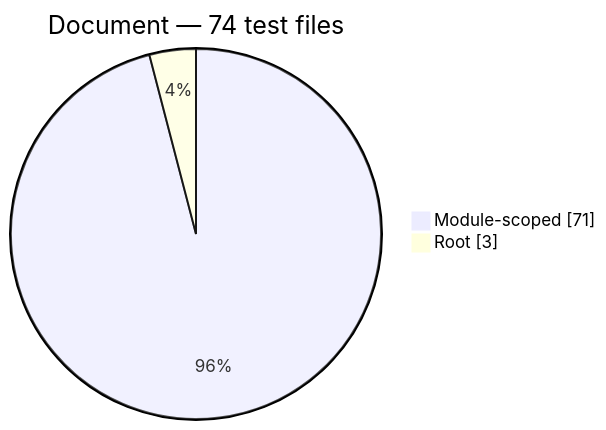
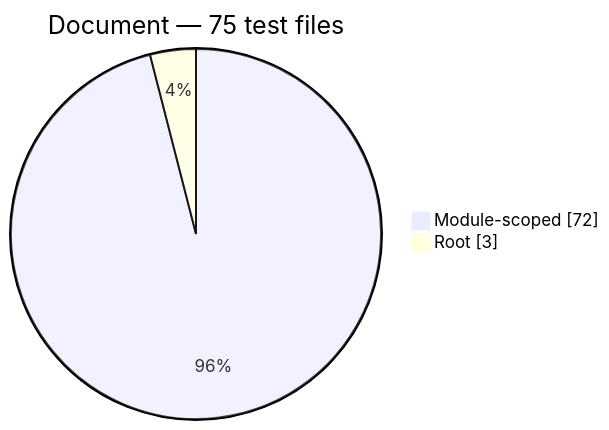
Before and after one commit to Mohammed-Alama/php-arazzo: the fourth of 9 diagrams in docs/generated/test-composition.md, drawn with Mermaid. The commit also changed other lines of this file and 14 other files, not shown here.

First line of the commit message:
feat(document): graphql-step validation rule (D4e)

````diff
--- a/docs/generated/test-composition.md
+++ b/docs/generated/test-composition.md
@@ -56,6 +56,6 @@
 ```mermaid
 pie showData
-    title Document — 74 test files
-    "Module-scoped": 71
+    title Document — 75 test files
+    "Module-scoped": 72
     "Root": 3
 ```
````
